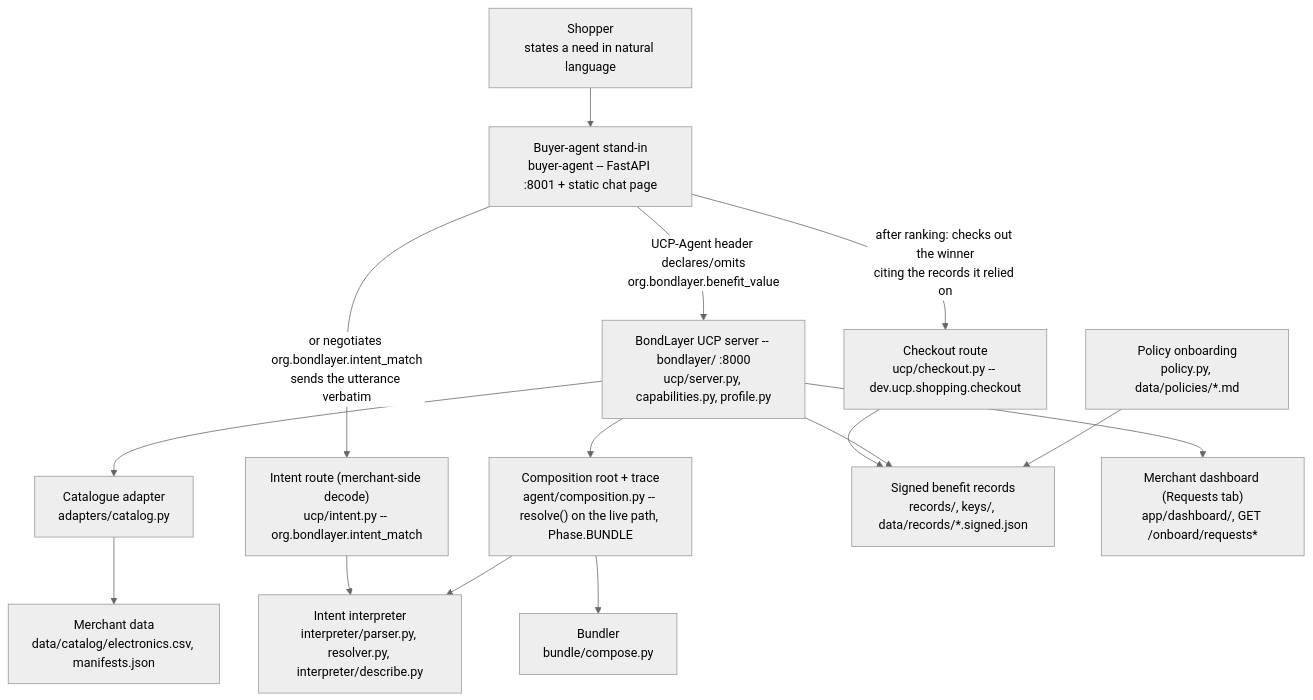
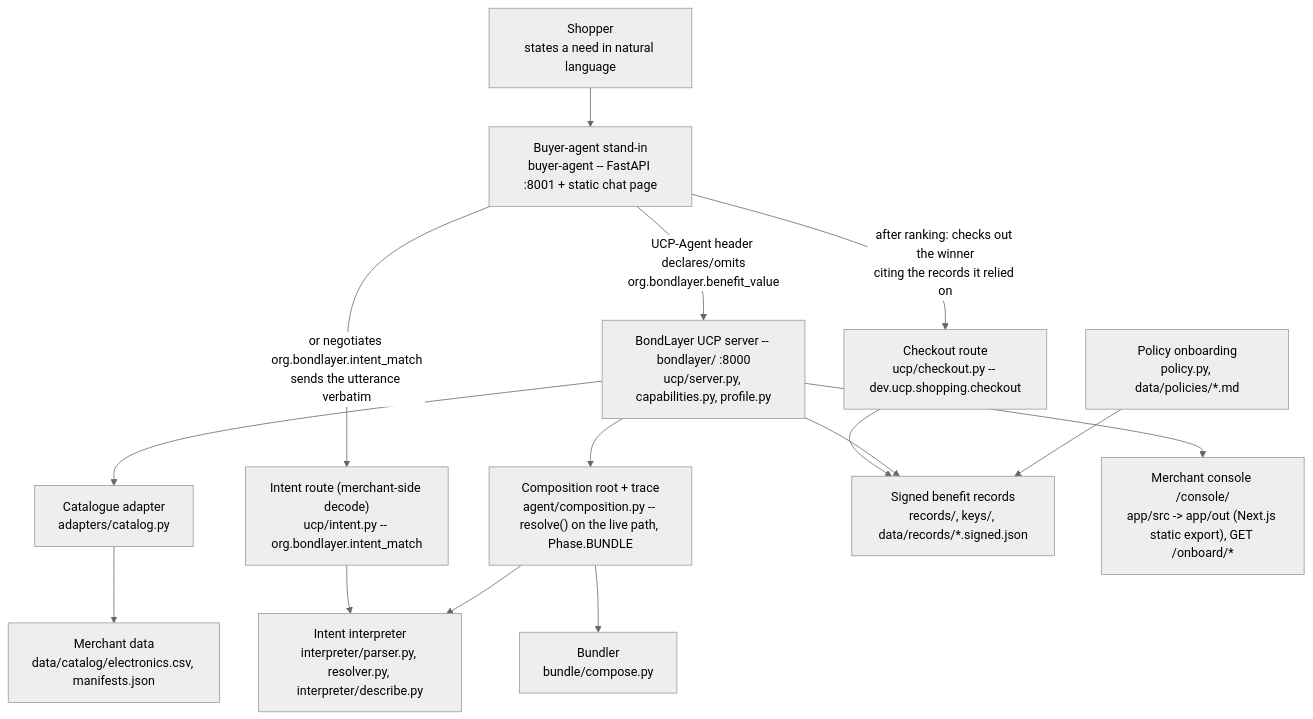
One commit to kaiday/UAVSHackathon-BondLayer changed the diagram in README.md. Above: the diagram before and after it, drawn with Mermaid (neutral theme). The commit also changed other lines of this file and 3 other files, not shown here.

````diff
--- a/README.md
+++ b/README.md
@@ -61,30 +61,30 @@
 ```mermaid
 flowchart TD
     Shopper["Shopper\nstates a need in natural language"]
     Agent["Buyer-agent stand-in\nbuyer-agent -- FastAPI :8001 + static chat page"]
     UCP["BondLayer UCP server -- bondlayer/ :8000\nucp/server.py, capabilities.py, profile.py"]
     Intent["Intent route (merchant-side decode)\nucp/intent.py -- org.bondlayer.intent_match"]
     Interp["Intent interpreter\ninterpreter/parser.py, resolver.py, interpreter/describe.py"]
     Comp["Composition root + trace\nagent/composition.py -- resolve() on the live path, Phase.BUNDLE"]
     Bundle["Bundler\nbundle/compose.py"]
     Adapter["Catalogue adapter\nadapters/catalog.py"]
     Records["Signed benefit records\nrecords/, keys/, data/records/*.signed.json"]
     Policy["Policy onboarding\npolicy.py, data/policies/*.md"]
     Data["Merchant data\ndata/catalog/electronics.csv, manifests.json"]
-    Dash["Merchant dashboard (Requests tab)\napp/dashboard/, GET /onboard/requests*"]
+    Dash["Merchant console /console/\napp/src -> app/out (Next.js static export), GET /onboard/*"]
     Checkout["Checkout route\nucp/checkout.py -- dev.ucp.shopping.checkout"]
 
     Shopper --> Agent
     Agent -- "UCP-Agent header declares/omits\norg.bondlayer.benefit_value" --> UCP
     Agent -- "or negotiates org.bondlayer.intent_match\nsends the utterance verbatim" --> Intent
     Agent -- "after ranking: checks out the winner\nciting the records it relied on" --> Checkout
     Checkout --> Records
     Intent --> Interp
     UCP --> Adapter --> Data
     UCP --> Records
     UCP --> Comp
     Comp --> Interp
     Comp --> Bundle
     Policy --> Records
     UCP --> Dash
 ```
````
